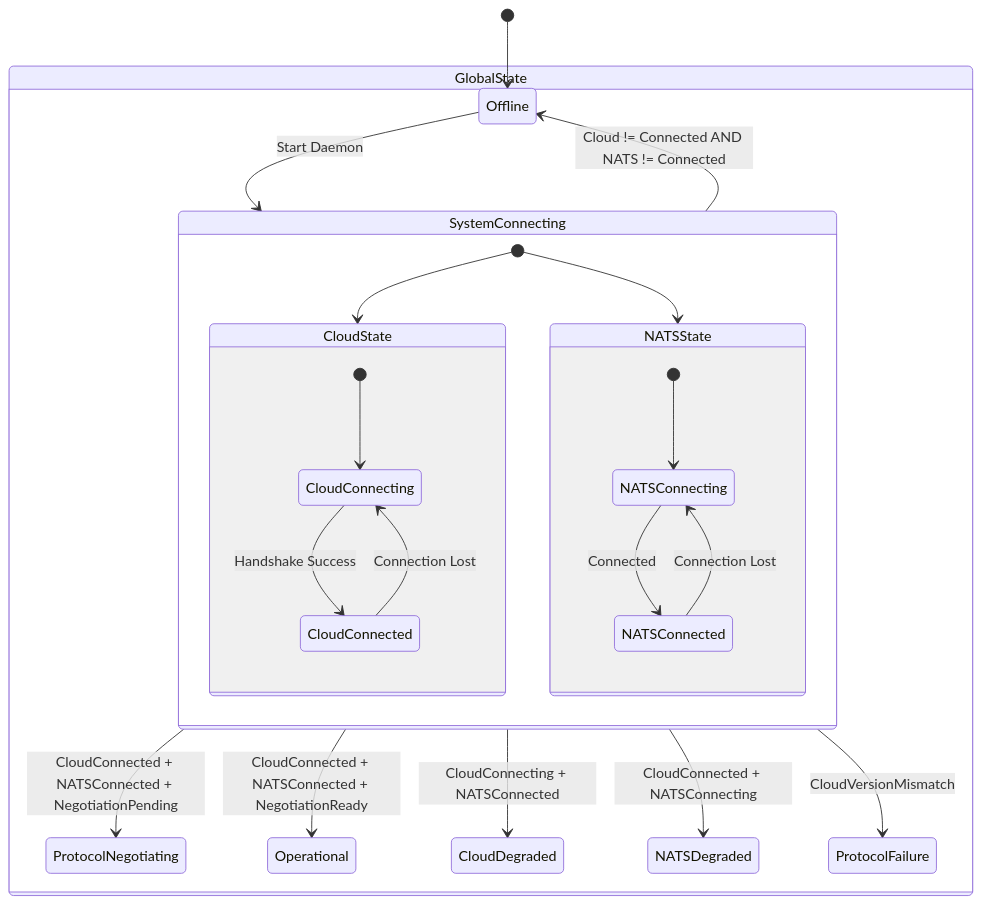
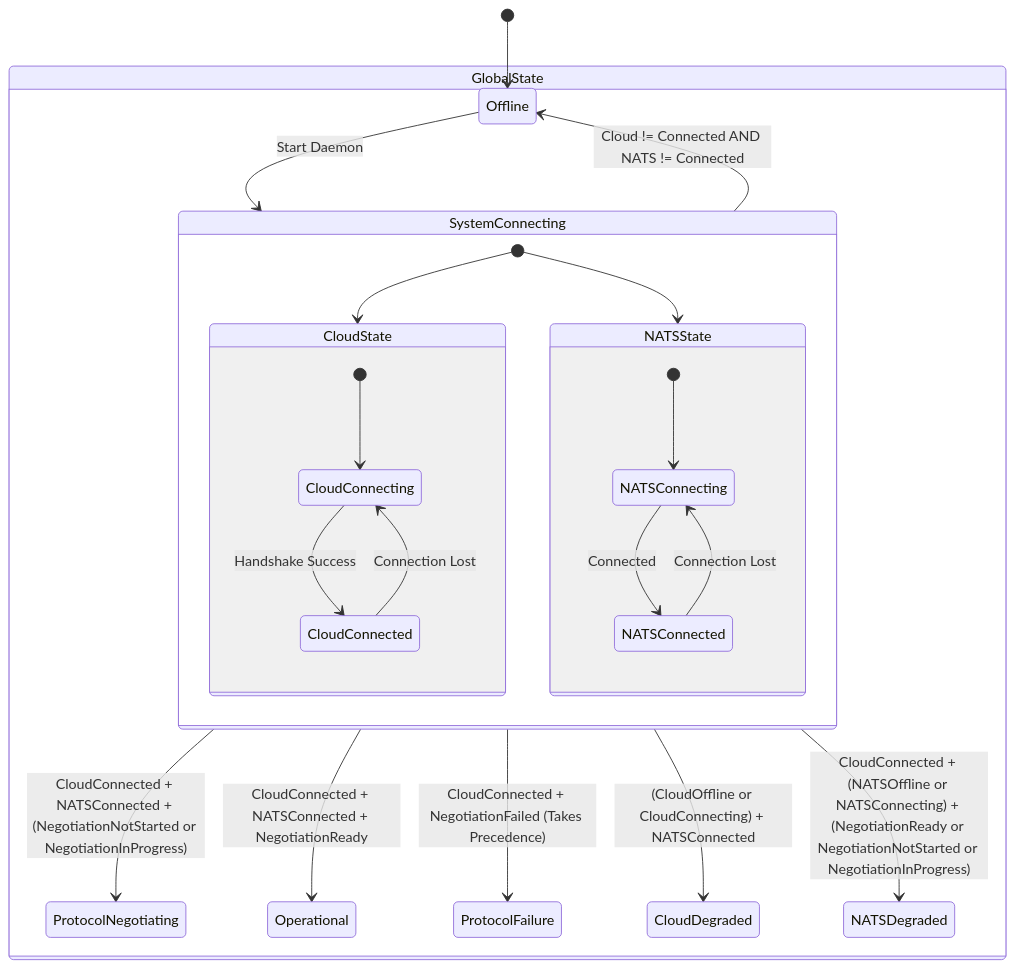
Before and after one commit to routerarchitects/TIP-olg-ucentral-client: the fifth of 5 diagrams in HIGH_LEVEL_DESIGN.md, drawn with Mermaid. The commit also changed other lines of this file and 3 other files, not shown here.

````diff
--- a/HIGH_LEVEL_DESIGN.md
+++ b/HIGH_LEVEL_DESIGN.md
@@ -280,31 +280,31 @@
 ```mermaid
 stateDiagram-v2
     [*] --> Offline
     Offline --> SystemConnecting : Start Daemon
     
     state SystemConnecting {
         [*] --> CloudState
         [*] --> NATSState
         
         state CloudState {
             [*] --> CloudConnecting
             CloudConnecting --> CloudConnected : Handshake Success
             CloudConnected --> CloudConnecting : Connection Lost
         }
         
         state NATSState {
             [*] --> NATSConnecting
             NATSConnecting --> NATSConnected : Connected
             NATSConnected --> NATSConnecting : Connection Lost
         }
     }
     
     state GlobalState {
         SystemConnecting --> Offline : Cloud != Connected AND NATS != Connected
-        SystemConnecting --> ProtocolNegotiating : CloudConnected + NATSConnected + NegotiationPending
+        SystemConnecting --> ProtocolNegotiating : CloudConnected + NATSConnected + (NegotiationNotStarted or NegotiationInProgress)
         SystemConnecting --> Operational : CloudConnected + NATSConnected + NegotiationReady
-        SystemConnecting --> CloudDegraded : CloudConnecting + NATSConnected
-        SystemConnecting --> NATSDegraded : CloudConnected + NATSConnecting
-        SystemConnecting --> ProtocolFailure : CloudVersionMismatch
+        SystemConnecting --> ProtocolFailure : CloudConnected + NegotiationFailed (Takes Precedence)
+        SystemConnecting --> CloudDegraded : (CloudOffline or CloudConnecting) + NATSConnected
+        SystemConnecting --> NATSDegraded : CloudConnected + (NATSOffline or NATSConnecting) + (NegotiationReady or NegotiationNotStarted or NegotiationInProgress)
     }
 ```
````
